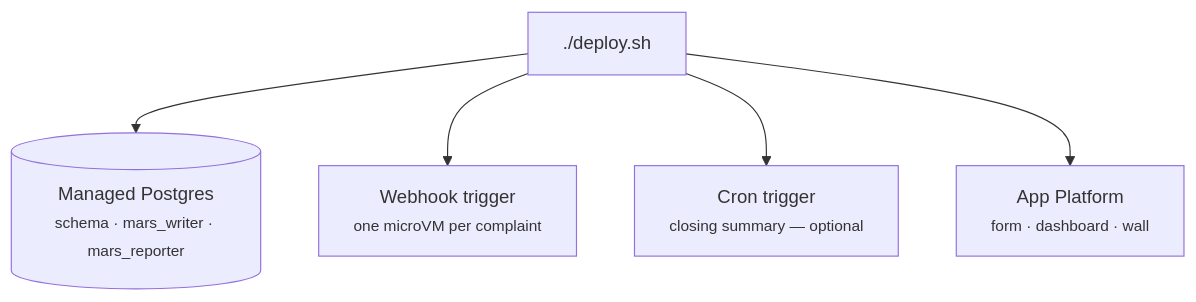
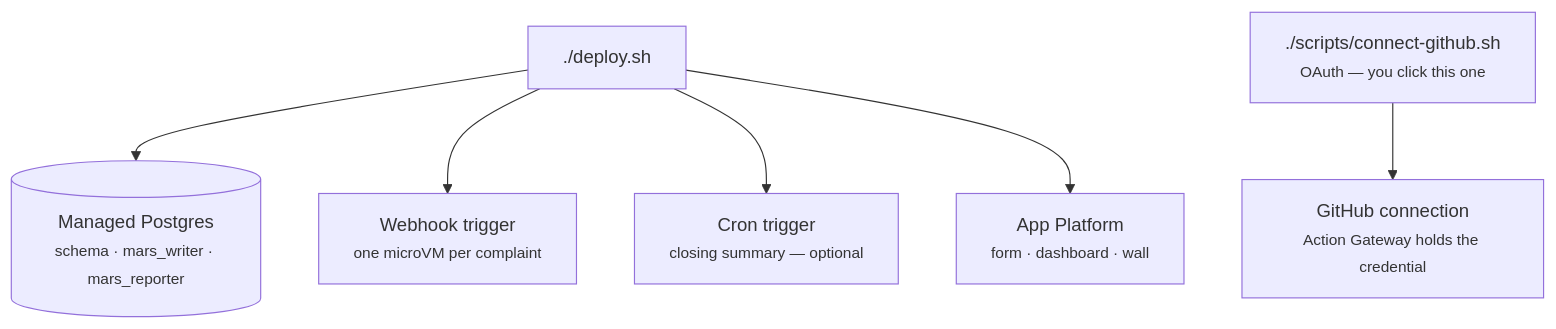
One commit to hgonzalez-do/facility_issue_demo changed the second of 3 diagrams in README.md. Above: the diagram before and after it, drawn with Mermaid. The commit also changed other lines of this file and 1 other file, not shown here.

````diff
--- a/README.md
+++ b/README.md
@@ -72,7 +77,8 @@
 ```mermaid
 flowchart TD
     D["./deploy.sh"] --> PG[("Managed Postgres<br/><small>schema · mars_writer · mars_reporter</small>")]
     D --> WH["Webhook trigger<br/><small>one microVM per complaint</small>"]
     D --> CR["Cron trigger<br/><small>closing summary — optional</small>"]
     D --> APP["App Platform<br/><small>form · dashboard · wall</small>"]
+    C["./scripts/connect-github.sh<br/><small>OAuth — you click this one</small>"] --> AG["GitHub connection<br/><small>Action Gateway holds the credential</small>"]
 ```
````
